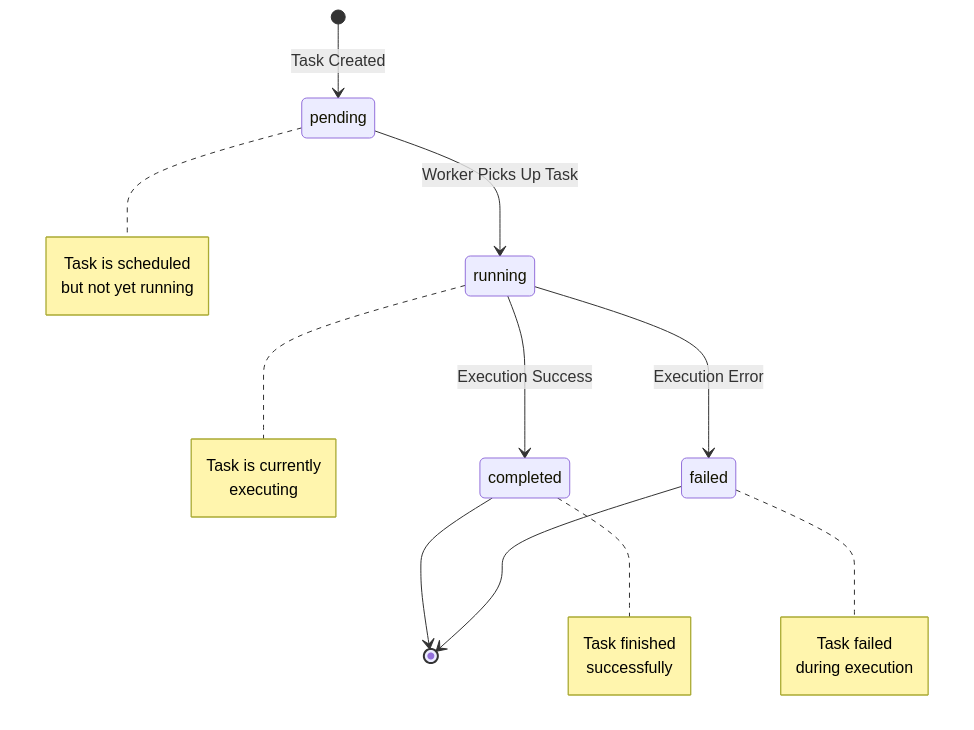
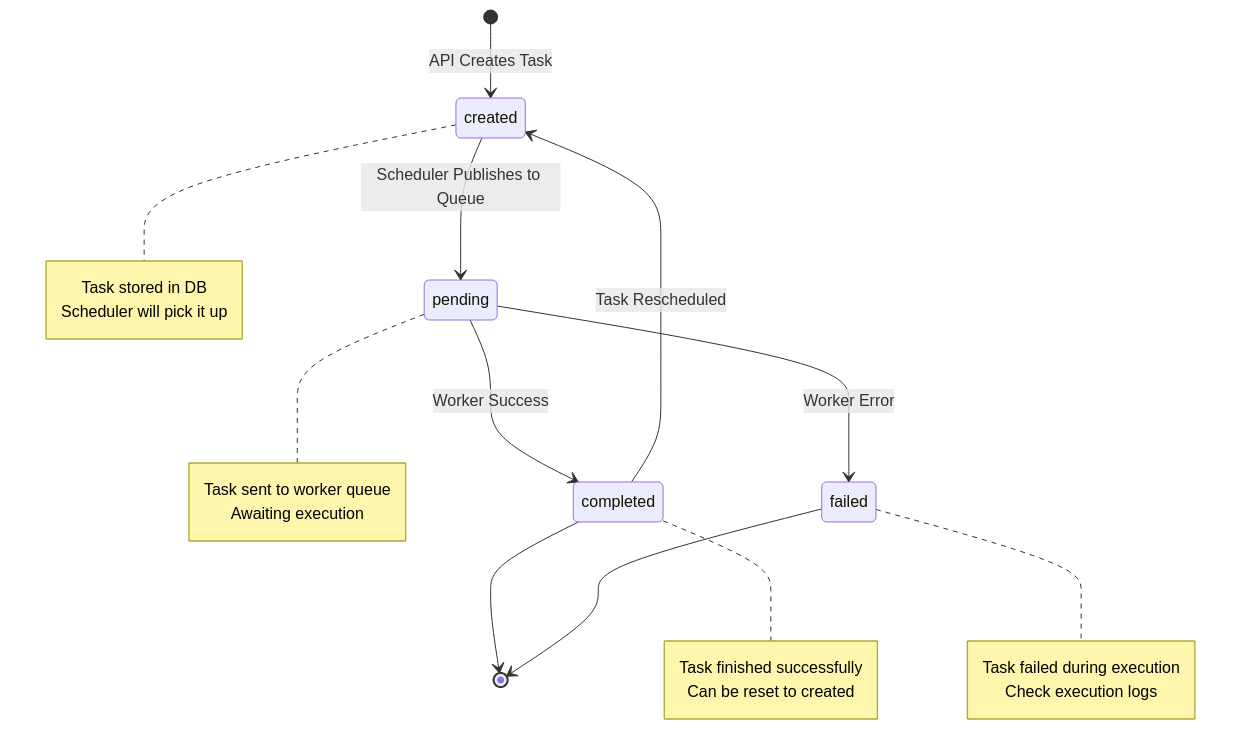
Before and after one commit to Hhacel/TaskFlow: the diagram in apps/scheduler/README.md, drawn with Mermaid. The commit also changed other lines of this file and 28 other files, not shown here.

````diff
--- a/apps/scheduler/README.md
+++ b/apps/scheduler/README.md
@@ -77,29 +59,30 @@
 ```mermaid
 stateDiagram-v2
-    [*] --> pending: Task Created
-    pending --> running: Worker Picks Up Task
-    running --> completed: Execution Success
-    running --> failed: Execution Error
+    [*] --> created: API Creates Task
+    created --> pending: Scheduler Publishes to Queue
+    pending --> completed: Worker Success
+    pending --> failed: Worker Error
+    completed --> created: Task Rescheduled
     completed --> [*]
     failed --> [*]
     
-    note right of pending
-        Task is scheduled
-        but not yet running
+    note right of created
+        Task stored in DB
+        Scheduler will pick it up
     end note
     
-    note right of running
-        Task is currently
-        executing
+    note right of pending
+        Task sent to worker queue
+        Awaiting execution
     end note
     
     note right of completed
-        Task finished
-        successfully
+        Task finished successfully
+        Can be reset to created
     end note
     
     note right of failed
-        Task failed
-        during execution
+        Task failed during execution
+        Check execution logs
     end note
 ```
````
